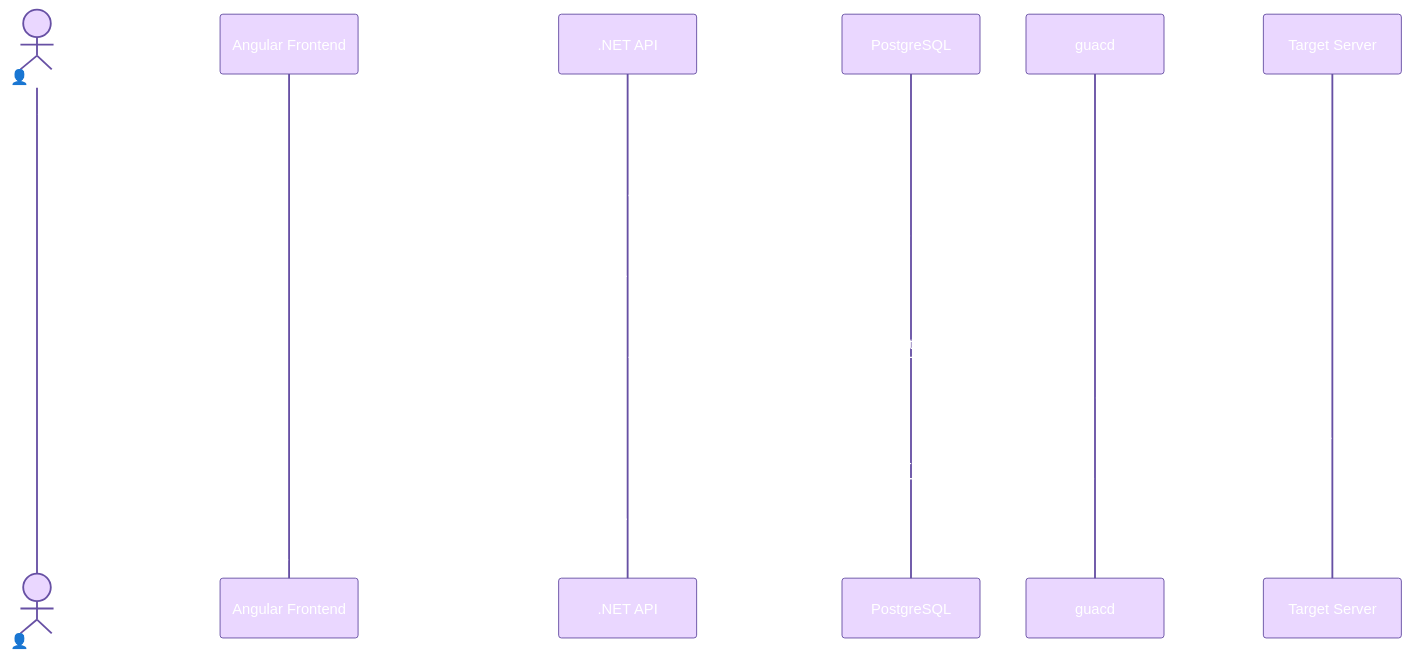
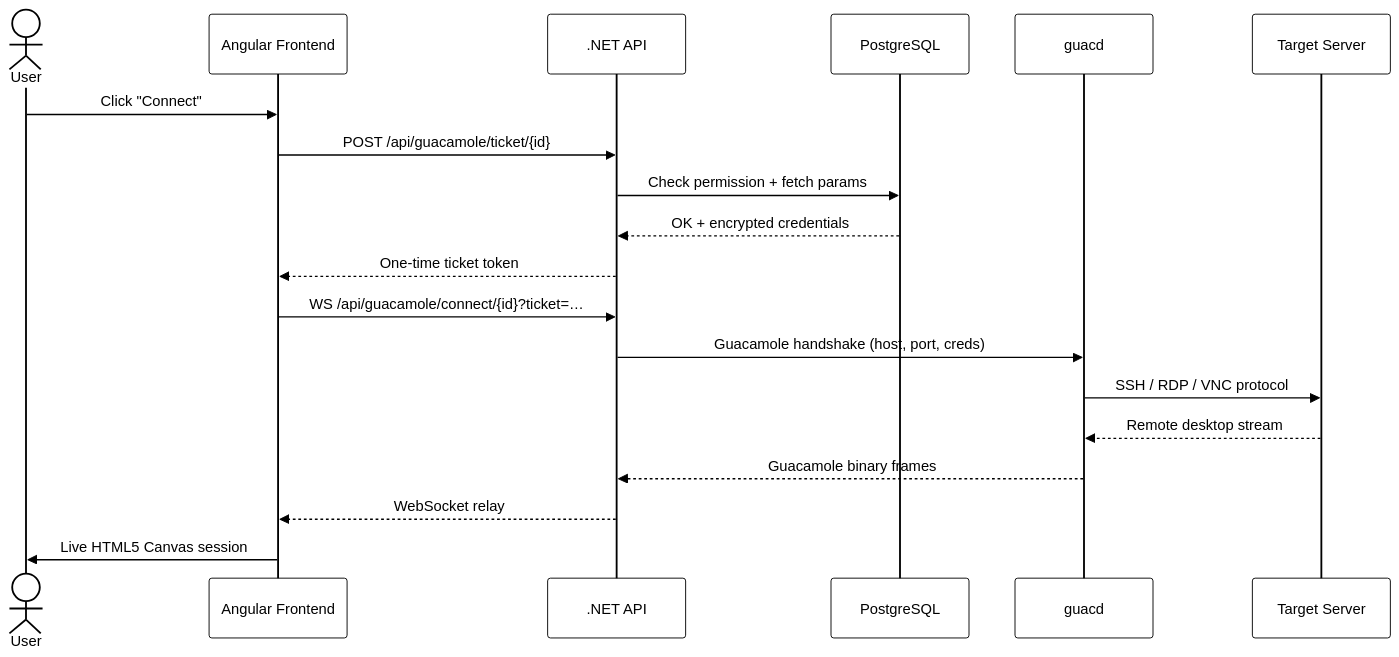
The second of 3 diagrams in README.md (alessandrocaetanob/smooth-operator), drawn with Mermaid before and after one commit. The commit also changed other lines of this file and 7 other files, not shown here.

First line of the commit message:
docs: improve Mermaid diagram contrast and add project configurations (#94)

````diff
--- a/README.md
+++ b/README.md
@@ -67,23 +91,43 @@
 ```mermaid
-%%{init: {'theme': 'base', 'themeVariables': {'primaryColor': '#6750A4', 'primaryTextColor': '#FFFFFF', 'lineColor': '#6750A4', 'secondaryColor': '#EAD7FF', 'actorBkg': '#EAD7FF', 'actorBorder': '#6750A4', 'activationBkgColor': '#F6EDFF', 'activationBorderColor': '#6750A4', 'sequenceNumberColor': '#6750A4'}}}%%
+%%{init: {
+  'theme': 'base',
+  'themeVariables': {
+    'actorBkg': '#ffffff',
+    'actorBorder': '#000000',
+    'actorTextColor': '#000000',
+    'actorLineColor': '#000000',
+    'signalColor': '#000000',
+    'signalTextColor': '#000000',
+    'labelBoxBkgColor': '#ffffff',
+    'labelBoxBorderColor': '#000000',
+    'labelTextColor': '#000000',
+    'loopTextColor': '#000000',
+    'noteBkgColor': '#ffffff',
+    'noteBorderColor': '#000000',
+    'noteTextColor': '#000000',
+    'mainBkg': '#ffffff',
+    'fontSize': '16px',
+    'fontFamily': 'Inter, system-ui, sans-serif'
+  }
+}}%%
 sequenceDiagram
-    actor User as 👤 User
+    actor User as User
     participant FE as Angular Frontend
     participant API as .NET API
     participant DB as PostgreSQL
     participant G as guacd
     participant Srv as Target Server
 
     User->>FE: Click "Connect"
     FE->>API: POST /api/guacamole/ticket/{id}
     API->>DB: Check permission + fetch params
     DB-->>API: OK + encrypted credentials
     API-->>FE: One-time ticket token
     FE->>API: WS /api/guacamole/connect/{id}?ticket=…
     API->>G: Guacamole handshake (host, port, creds)
     G->>Srv: SSH / RDP / VNC protocol
     Srv-->>G: Remote desktop stream
     G-->>API: Guacamole binary frames
     API-->>FE: WebSocket relay
     FE->>User: Live HTML5 Canvas session
 ```
````
